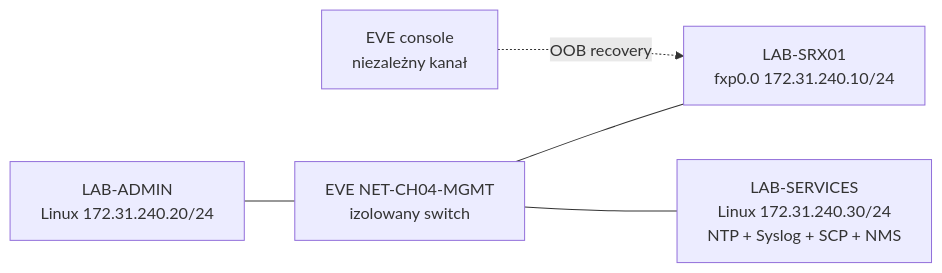
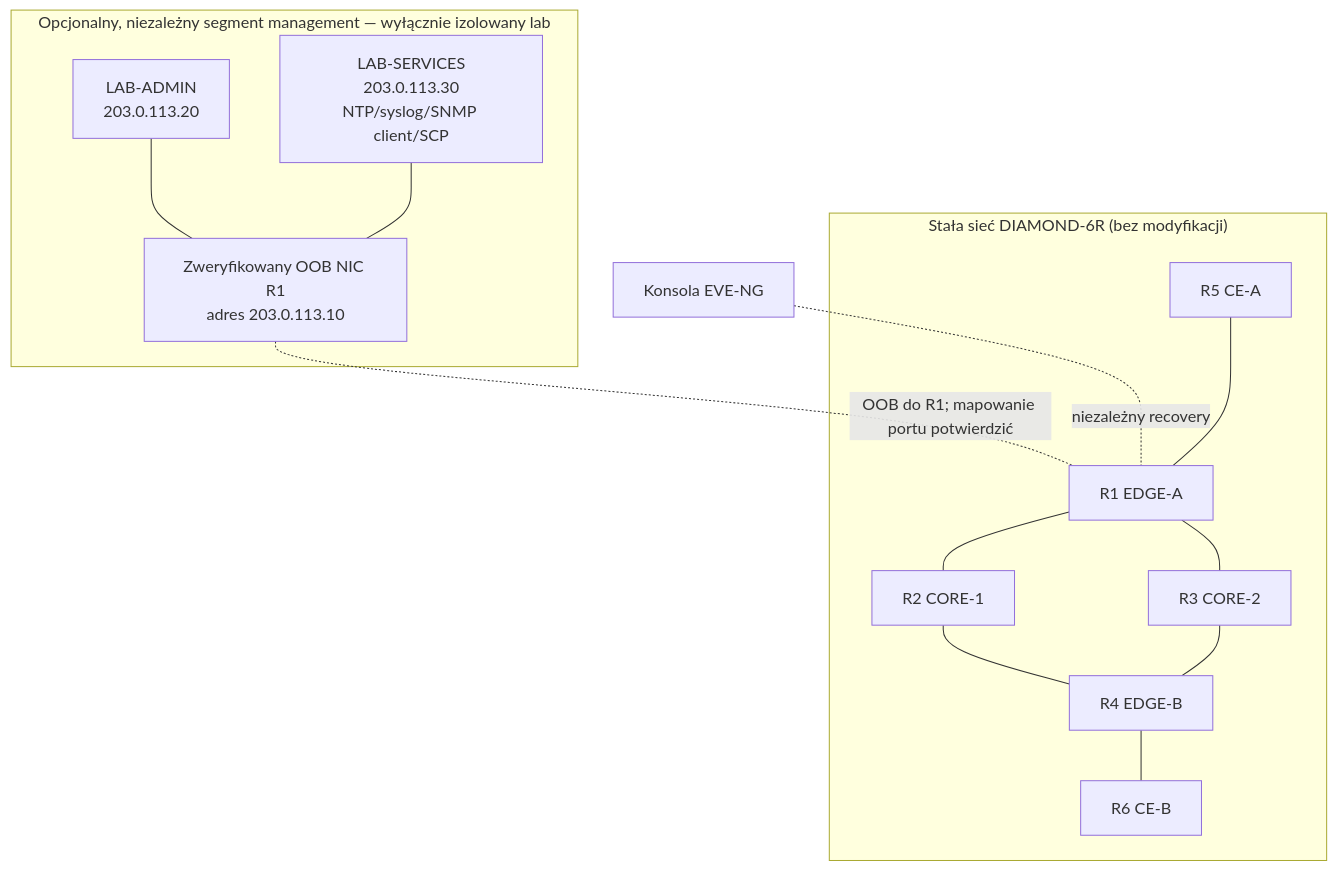
The second of 2 diagrams in docs/chapters/JUNOS_Rozdzial_04_Initial_Configuration_and_System_Services.md (nelto79/jncip), drawn with Mermaid before and after one commit. The commit also changed other lines of this file, not shown here.

Commit message:
docs(ch04): publish complete novice-first Junos initial configuration chapter, DIAMOND-6R staged lab, safety and service validation

```diff
--- a/docs/chapters/JUNOS_Rozdzial_04_Initial_Configuration_and_System_Services.md
+++ b/docs/chapters/JUNOS_Rozdzial_04_Initial_Configuration_and_System_Services.md
@@ -1320,7 +1129,20 @@
 ~~~mermaid
-flowchart LR
-  ADMIN["LAB-ADMIN\nLinux 172.31.240.20/24"] --- OOB["EVE NET-CH04-MGMT\nizolowany switch"]
-  OOB --- SRX["LAB-SRX01\nfxp0.0 172.31.240.10/24"]
-  OOB --- SERVICES["LAB-SERVICES\nLinux 172.31.240.30/24\nNTP + Syslog + SCP + NMS"]
-  CON["EVE console\nniezależny kanał"] -. "OOB recovery" .-> SRX
+flowchart TB
+   subgraph DATA["Stała sieć DIAMOND-6R (bez modyfikacji)"]
+      R5["R5 CE-A"] --- R1["R1 EDGE-A"]
+      R1 --- R2["R2 CORE-1"]
+      R1 --- R3["R3 CORE-2"]
+      R2 --- R4["R4 EDGE-B"]
+      R3 --- R4
+      R4 --- R6["R6 CE-B"]
+   end
+   subgraph OOB["Opcjonalny, niezależny segment management — wyłącznie izolowany lab"]
+      A["LAB-ADMIN<br/>203.0.113.20"]
+      S["LAB-SERVICES<br/>203.0.113.30<br/>NTP/syslog/SNMP client/SCP"]
+      M["Zweryfikowany OOB NIC R1<br/>adres 203.0.113.10"]
+      A --- M
+      S --- M
+   end
+   M -. "OOB do R1; mapowanie portu potwierdzić" .- R1
+   C["Konsola EVE-NG"] -. "niezależny recovery" .- R1
 ~~~
```
